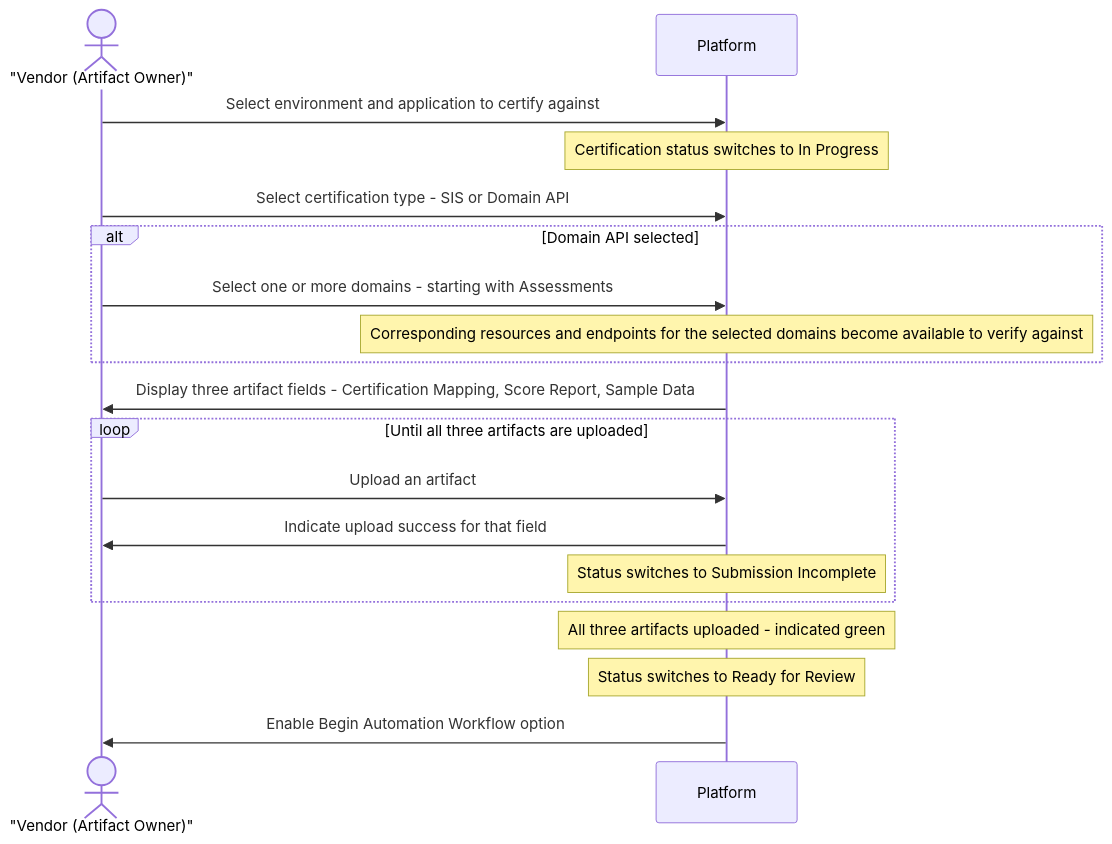
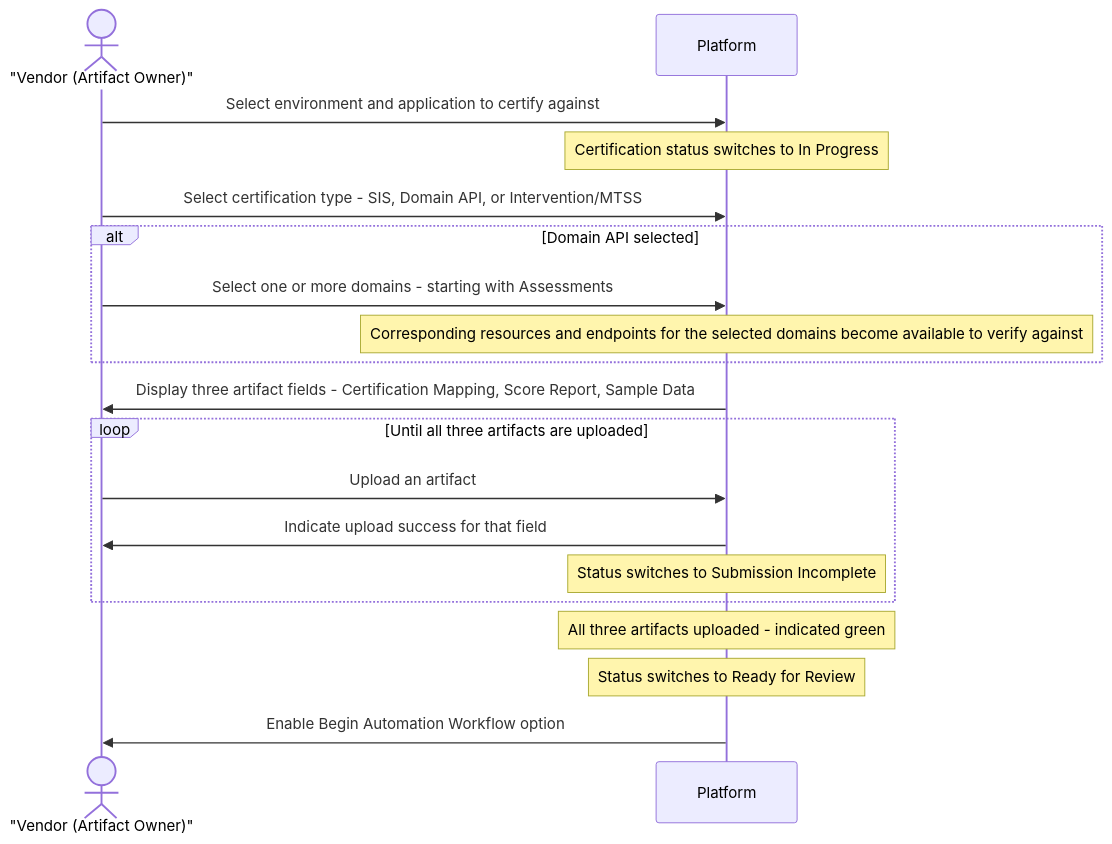
The fourth of 12 diagrams in docs/PRD-Certification-v2.md (roberthunterjr/Ed-Fi-AdminApp), drawn with Mermaid before and after one commit. The commit also changed other lines of this file, not shown here.

````diff
--- a/docs/PRD-Certification-v2.md
+++ b/docs/PRD-Certification-v2.md
@@ -356,27 +365,27 @@
 ```mermaid
 sequenceDiagram
     actor Vendor as "Vendor (Artifact Owner)"
     participant Platform
 
     Vendor->>Platform: Select environment and application to certify against
     Note over Platform: Certification status switches to In Progress
 
-    Vendor->>Platform: Select certification type - SIS or Domain API
+    Vendor->>Platform: Select certification type - SIS, Domain API, or Intervention/MTSS
 
     alt Domain API selected
         Vendor->>Platform: Select one or more domains - starting with Assessments
         Note over Platform: Corresponding resources and endpoints for the selected domains become available to verify against
     end
 
     Platform->>Vendor: Display three artifact fields - Certification Mapping, Score Report, Sample Data
 
     loop Until all three artifacts are uploaded
         Vendor->>Platform: Upload an artifact
         Platform->>Vendor: Indicate upload success for that field
         Note over Platform: Status switches to Submission Incomplete
     end
 
     Note over Platform: All three artifacts uploaded - indicated green
     Note over Platform: Status switches to Ready for Review
     Platform->>Vendor: Enable Begin Automation Workflow option
 ```
````
